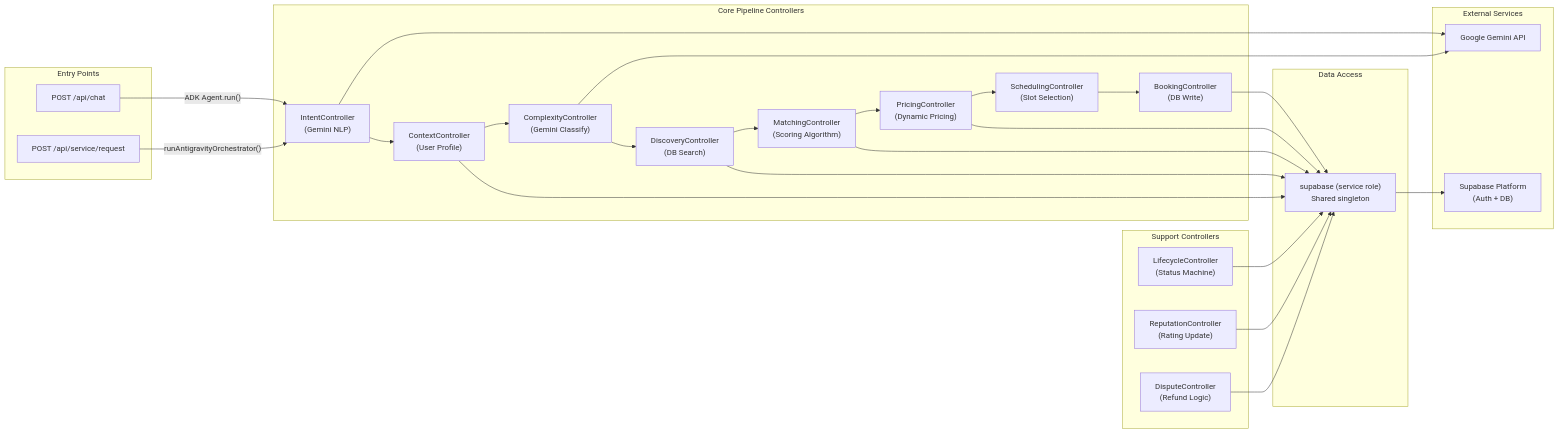
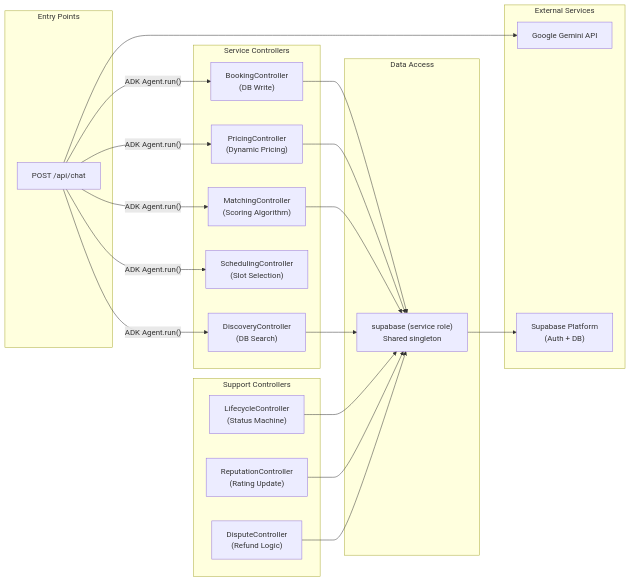
The second of 4 diagrams in docs/01_System_Architecture.md (Muzammillcoste/DigitalKaam), drawn with Mermaid before and after one commit. The commit also changed other lines of this file and 17 other files, not shown here.

````diff
--- a/docs/01_System_Architecture.md
+++ b/docs/01_System_Architecture.md
@@ -149,52 +135,47 @@
 ```mermaid
 graph LR
     subgraph "Entry Points"
         EP1["POST /api/chat"]
-        EP2["POST /api/service/request"]
     end
 
-    subgraph "Core Pipeline Controllers"
-        IC["IntentController\n(Gemini NLP)"]
-        CC["ContextController\n(User Profile)"]
-        CX["ComplexityController\n(Gemini Classify)"]
+    subgraph "Service Controllers"
         DC["DiscoveryController\n(DB Search)"]
         MC["MatchingController\n(Scoring Algorithm)"]
         PC["PricingController\n(Dynamic Pricing)"]
         SC["SchedulingController\n(Slot Selection)"]
         BC["BookingController\n(DB Write)"]
     end
 
     subgraph "Support Controllers"
         LC["LifecycleController\n(Status Machine)"]
         RC["ReputationController\n(Rating Update)"]
         DISC["DisputeController\n(Refund Logic)"]
     end
 
     subgraph "Data Access"
         SUP["supabase (service role)\nShared singleton"]
     end
 
     subgraph "External Services"
         GEMINI["Google Gemini API"]
         SUPABASE["Supabase Platform\n(Auth + DB)"]
     end
 
-    EP1 -->|"ADK Agent.run()"| IC
-    EP2 -->|"runAntigravityOrchestrator()"| IC
-
-    IC --> CC --> CX --> DC --> MC --> PC --> SC --> BC
+    EP1 -->|"ADK Agent.run()"| DC
+    EP1 -->|"ADK Agent.run()"| MC
+    EP1 -->|"ADK Agent.run()"| PC
+    EP1 -->|"ADK Agent.run()"| SC
+    EP1 -->|"ADK Agent.run()"| BC
 
     BC --> SUP
     PC --> SUP
     MC --> SUP
     DC --> SUP
-    CC --> SUP
     LC --> SUP
     RC --> SUP
     DISC --> SUP
 
-    IC --> GEMINI
-    CX --> GEMINI
+    EP1 --> GEMINI
 
     SUP --> SUPABASE
 ```
````
